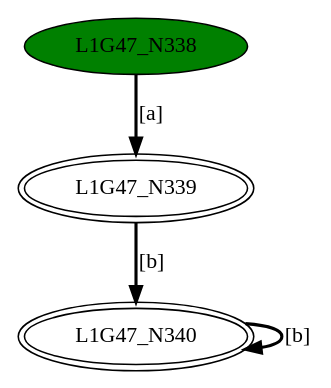
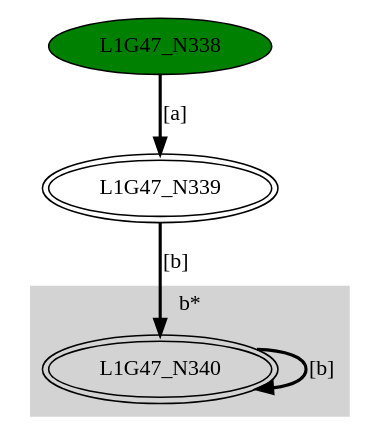
The diagram in DFASimulator/Testbench/mergeDFA1.dot (GDimitroulakos/EDUFLEX), drawn with Graphviz before and after one commit. The commit also changed 24 other files, not shown here.

```diff
--- a/DFASimulator/Testbench/mergeDFA1.dot
+++ b/DFASimulator/Testbench/mergeDFA1.dot
@@ -1,8 +1,14 @@
 digraph G47{
-"L1G47_N338" [style=filled,fillcolor=green];
+	subgraph cluster0 {
+		node [style=filled];
+		style=filled;
+		color=lightgrey;
+		label ="b*";
+		L1G47_N340;
+	}"L1G47_N338" [style=filled,fillcolor=green];
 "L1G47_N339" [peripheries=2];
 "L1G47_N340" [peripheries=2];
 "L1G47_N338"->"L1G47_N339" [style = bold, label = "[a]"];
 "L1G47_N339"->"L1G47_N340" [style = bold, label = "[b]"];
 "L1G47_N340"->"L1G47_N340" [style = bold, label = "[b]"];
 }
```
